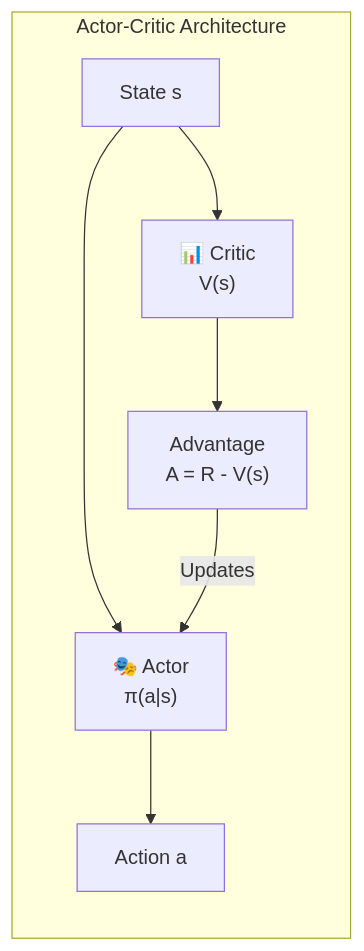
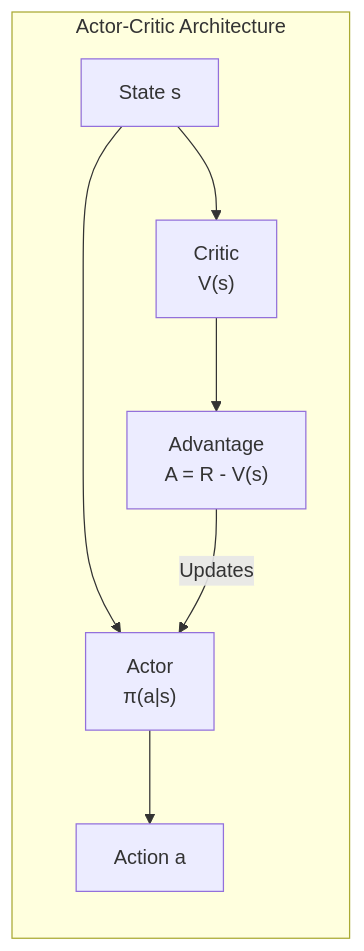
The first of 8 diagrams in _posts/project/2025-11-22-agent-mcqueen.md (leesg0107/leesg0107.github.io), drawn with Mermaid before and after one commit. The commit also changed other lines of this file and 77 other files, not shown here.

```diff
--- a/_posts/project/2025-11-22-agent-mcqueen.md
+++ b/_posts/project/2025-11-22-agent-mcqueen.md
@@ -32,17 +27,17 @@
 <div class="mermaid">
 flowchart LR
     subgraph AC["Actor-Critic Architecture"]
         STATE[State s]
-        ACTOR["🎭 Actor<br/>π(a|s)"]
-        CRITIC["📊 Critic<br/>V(s)"]
+        ACTOR["Actor<br/>π(a|s)"]
+        CRITIC["Critic<br/>V(s)"]
         ACTION[Action a]
         ADV["Advantage<br/>A = R - V(s)"]
     end
 
     STATE --> ACTOR
     STATE --> CRITIC
     ACTOR --> ACTION
     CRITIC --> ADV
     ADV -->|"Updates"| ACTOR
 
 </div>
```
